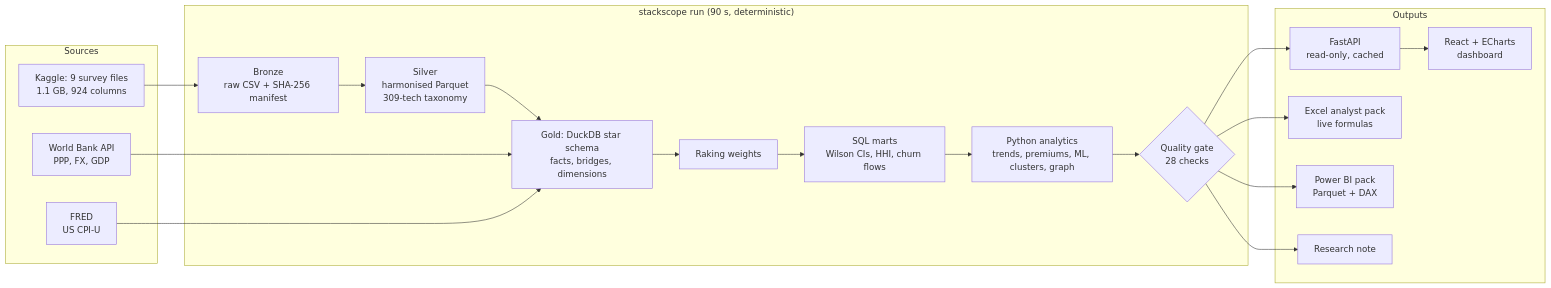
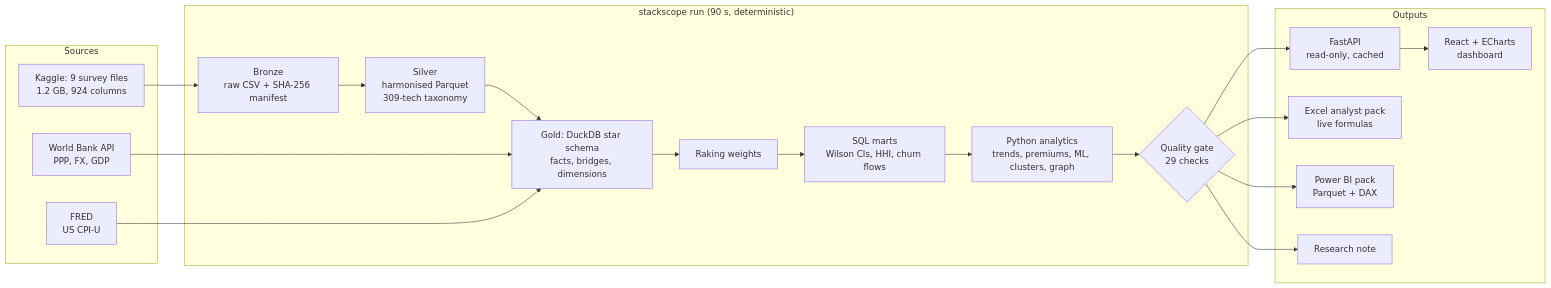
Before and after one commit to garvbahl37-gif/stackscope: the first of 2 diagrams in README.md, drawn with Mermaid. The commit also changed other lines of this file and 7 other files, not shown here.

````diff
--- a/README.md
+++ b/README.md
@@ -123,31 +130,31 @@
 ```mermaid
 flowchart LR
   subgraph Sources
-    K[Kaggle: 9 survey files<br/>1.1 GB, 924 columns]
+    K[Kaggle: 9 survey files<br/>1.2 GB, 924 columns]
     W[World Bank API<br/>PPP, FX, GDP]
     F[FRED<br/>US CPI-U]
   end
   subgraph Pipeline["stackscope run (90 s, deterministic)"]
     B[Bronze<br/>raw CSV + SHA-256 manifest]
     S[Silver<br/>harmonised Parquet<br/>309-tech taxonomy]
     G[Gold: DuckDB star schema<br/>facts, bridges, dimensions]
     R[Raking weights]
     M[SQL marts<br/>Wilson CIs, HHI, churn flows]
     A[Python analytics<br/>trends, premiums, ML, clusters, graph]
-    Q{Quality gate<br/>28 checks}
+    Q{Quality gate<br/>29 checks}
   end
   subgraph Outputs
     API[FastAPI<br/>read-only, cached]
     UI[React + ECharts<br/>dashboard]
     XL[Excel analyst pack<br/>live formulas]
     BI[Power BI pack<br/>Parquet + DAX]
     RN[Research note]
   end
   K --> B --> S --> G --> R --> M --> A --> Q
   W --> G
   F --> G
   Q --> API --> UI
   Q --> XL
   Q --> BI
   Q --> RN
 ```
````
